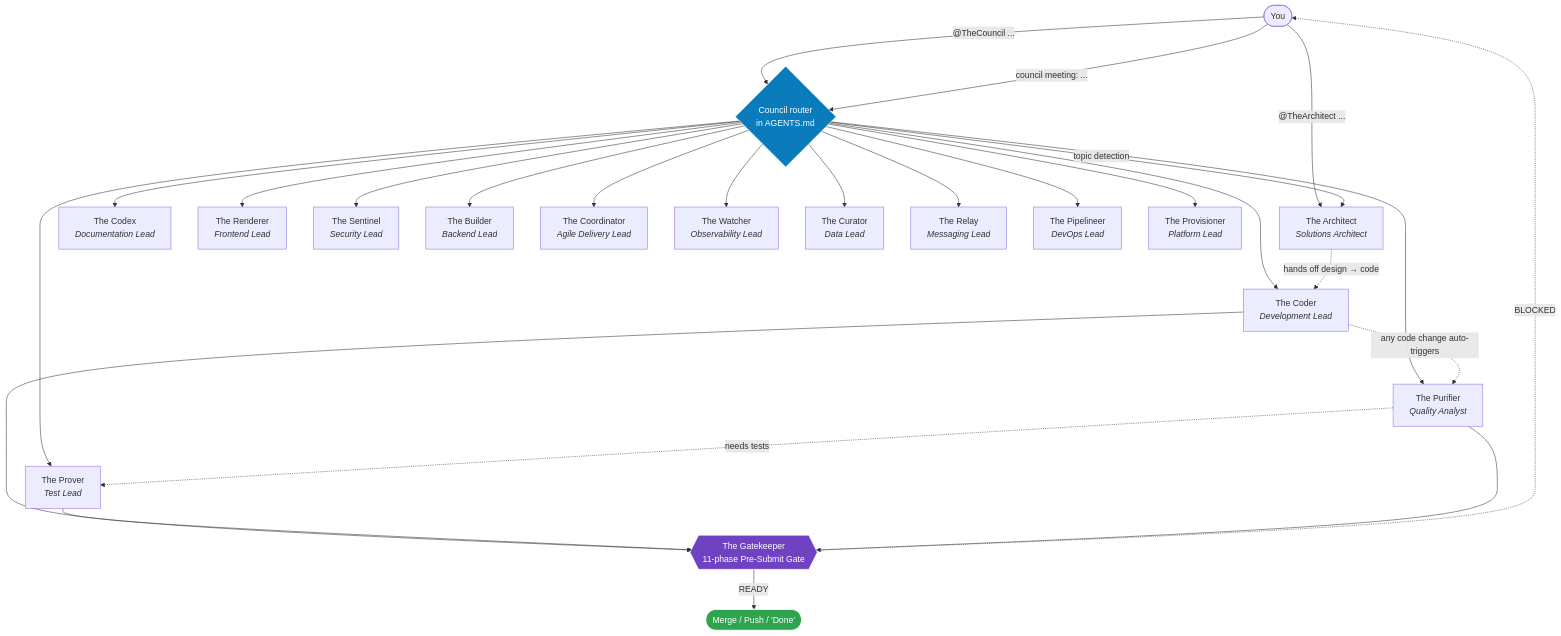
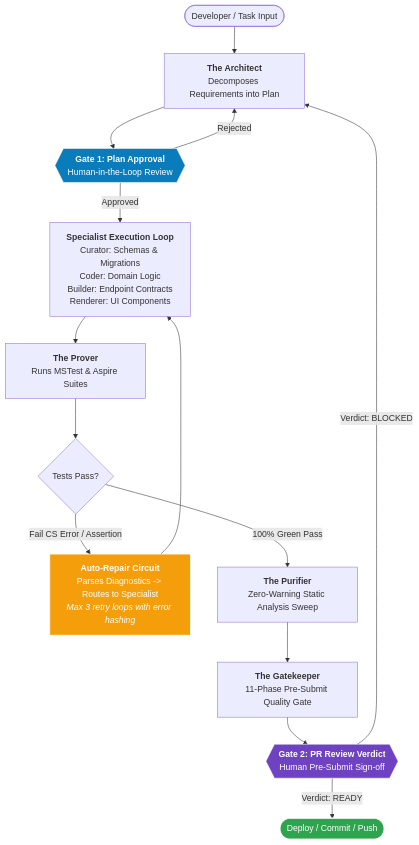
One commit to underwms/council-of-mikes changed the diagram in README.md. Above: the diagram before and after it, drawn with Mermaid. The commit also changed other lines of this file, not shown here.

````diff
--- a/README.md
+++ b/README.md
@@ -72,34 +91,26 @@
 ```mermaid
 flowchart TD
-    U([You]) -->|"@TheCouncil ..."| R{Council router<br/>in AGENTS.md}
-    U -->|"@TheArchitect ..."| A
-    U -->|"council meeting: ..."| R
-    R -->|topic detection| A[The Architect<br/><i>Solutions Architect</i>]
-    R --> CR[The Coder<br/><i>Development Lead</i>]
-    R --> CX[The Codex<br/><i>Documentation Lead</i>]
-    R --> P[The Purifier<br/><i>Quality Analyst</i>]
-    R --> RN[The Renderer<br/><i>Frontend Lead</i>]
-    R --> S[The Sentinel<br/><i>Security Lead</i>]
-    R --> B[The Builder<br/><i>Backend Lead</i>]
-    R --> CO[The Coordinator<br/><i>Agile Delivery Lead</i>]
-    R --> W[The Watcher<br/><i>Observability Lead</i>]
-    R --> CU[The Curator<br/><i>Data Lead</i>]
-    R --> RL[The Relay<br/><i>Messaging Lead</i>]
-    R --> PR[The Prover<br/><i>Test Lead</i>]
-    R --> PL[The Pipelineer<br/><i>DevOps Lead</i>]
-    R --> PV[The Provisioner<br/><i>Platform Lead</i>]
+    User([Developer / Task Input]) --> PlanNode[<b>The Architect</b><br/>Decomposes Requirements into Plan]
+    PlanNode --> Gate1{{<b>Gate 1: Plan Approval</b><br/>Human-in-the-Loop Review}}
+    
+    Gate1 -->|Approved| SpecialistLoop[<b>Specialist Execution Loop</b><br/>Curator: Schemas & Migrations<br/>Coder: Domain Logic<br/>Builder: Endpoint Contracts<br/>Renderer: UI Components]
+    Gate1 -->|Rejected| PlanNode
+    
+    SpecialistLoop --> TestNode[<b>The Prover</b><br/>Runs MSTest & Aspire Suites]
+    
+    TestNode --> TestEval{Tests Pass?}
+    TestEval -->|Fail CS Error / Assertion| RepairLoop[<b>Auto-Repair Circuit</b><br/>Parses Diagnostics -> Routes to Specialist<br/><i>Max 3 retry loops with error hashing</i>]
+    RepairLoop --> SpecialistLoop
+    
+    TestEval -->|100% Green Pass| PurifierNode[<b>The Purifier</b><br/>Zero-Warning Static Analysis Sweep]
+    PurifierNode --> GatekeeperNode[<b>The Gatekeeper</b><br/>11-Phase Pre-Submit Quality Gate]
+    
+    GatekeeperNode --> Gate2{{<b>Gate 2: PR Review Verdict</b><br/>Human Pre-Submit Sign-off}}
+    Gate2 -->|Verdict: READY| Ship([Deploy / Commit / Push])
+    Gate2 -->|Verdict: BLOCKED| PlanNode
 
-    A -.->|"hands off design → code"| CR
-    CR -.->|"any code change auto-triggers"| P
-    P -.->|"needs tests"| PR
-
-    CR --> G{{The Gatekeeper<br/>11-phase Pre-Submit Gate}}
-    PR --> G
-    P --> G
-    G -->|"READY"| SHIP([Merge / Push / 'Done'])
-    G -.->|"BLOCKED"| U
-
-    style G fill:#6f42c1,stroke:#fff,color:#fff
-    style SHIP fill:#2ea44f,stroke:#fff,color:#fff
-    style R fill:#0a7bbb,stroke:#fff,color:#fff
+    style Gate1 fill:#0a7bbb,stroke:#fff,color:#fff
+    style Gate2 fill:#6f42c1,stroke:#fff,color:#fff
+    style Ship fill:#2ea44f,stroke:#fff,color:#fff
+    style RepairLoop fill:#f59e0b,stroke:#fff,color:#fff
 ```
````
